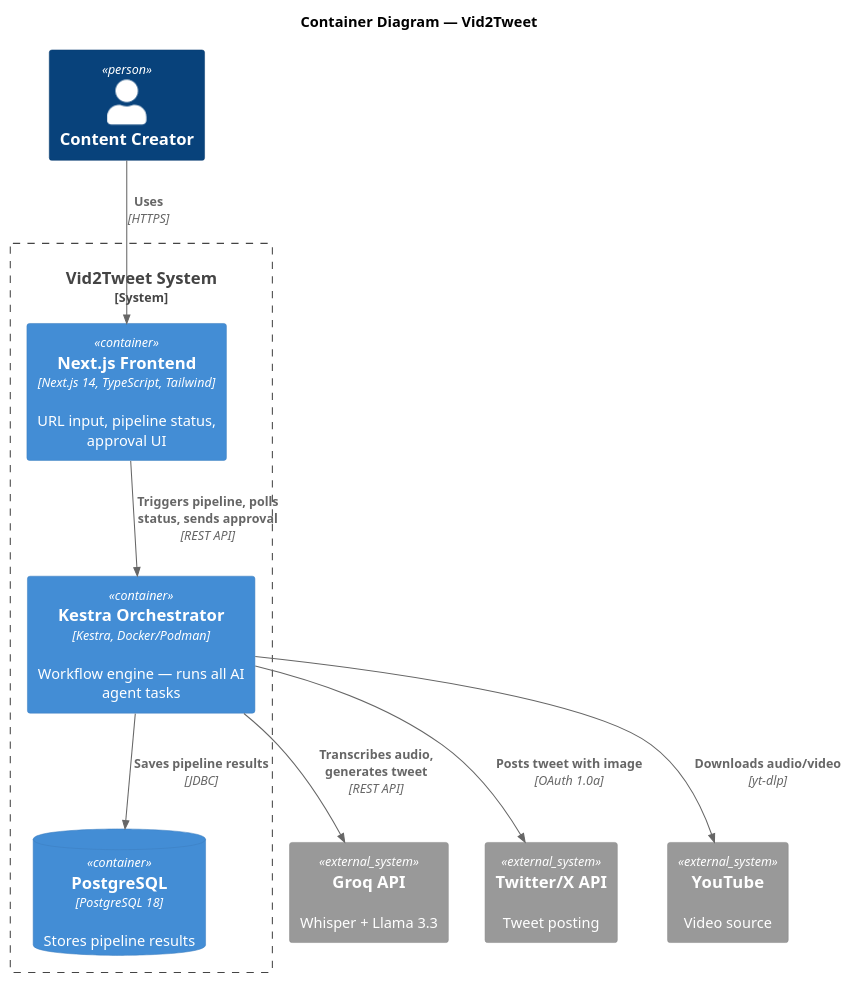
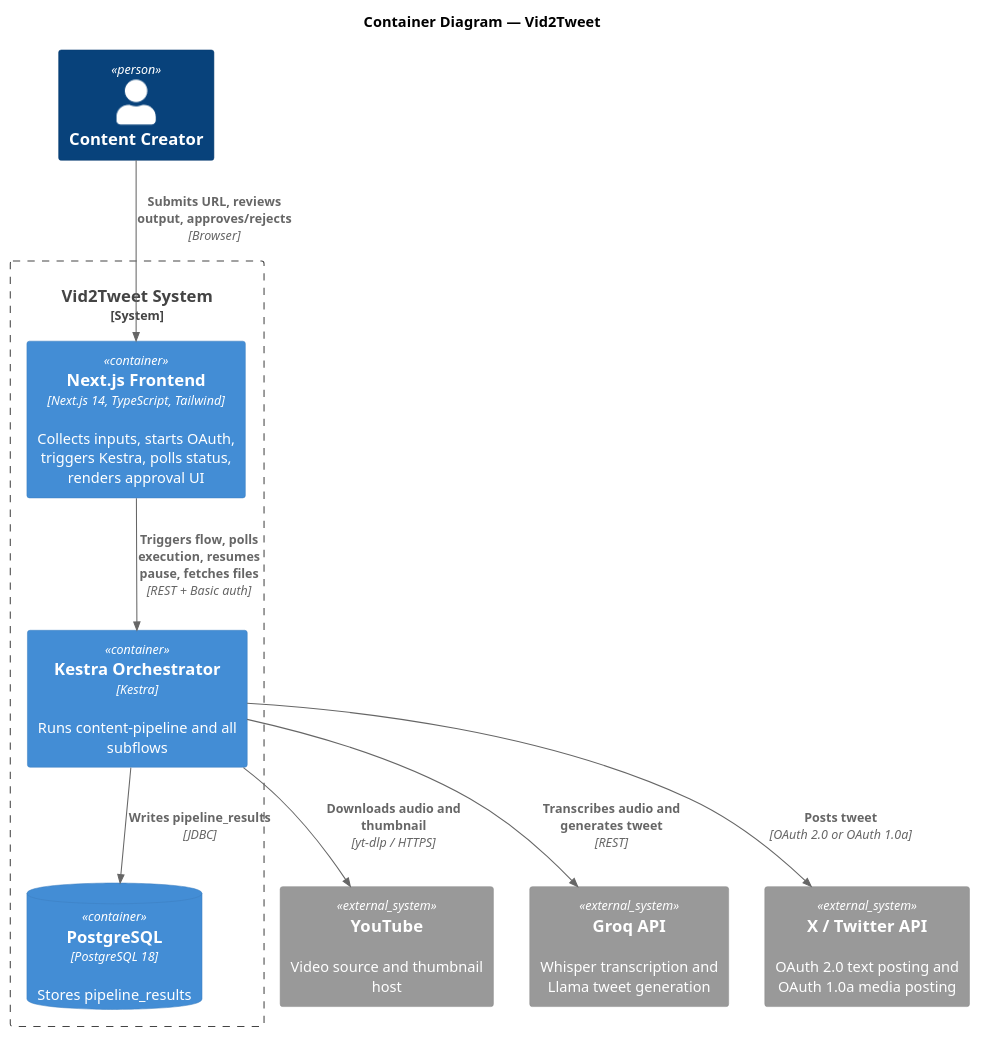
One commit to deepakkj/vid2tweet changed the diagram in docs/diagrams/architecture/container-diagram.puml. Above: the diagram before and after it, drawn with PlantUML. The commit also changed 3 other files, not shown here.

Commit message:
align architecture and flow diagrams with implementation

```diff
--- a/docs/diagrams/architecture/container-diagram.puml
+++ b/docs/diagrams/architecture/container-diagram.puml
@@ -1,25 +1,25 @@
 @startuml container-diagram
 !include https://raw.githubusercontent.com/plantuml-stdlib/C4-PlantUML/master/C4_Container.puml
 
 title Container Diagram — Vid2Tweet
 
 Person(user, "Content Creator")
 
 System_Boundary(vid2tweet, "Vid2Tweet System") {
-  Container(frontend, "Next.js Frontend", "Next.js 14, TypeScript, Tailwind", "URL input, pipeline status, approval UI")
-  Container(kestra, "Kestra Orchestrator", "Kestra, Docker/Podman", "Workflow engine — runs all AI agent tasks")
-  ContainerDb(postgres, "PostgreSQL", "PostgreSQL 18", "Stores pipeline results")
+  Container(frontend, "Next.js Frontend", "Next.js 14, TypeScript, Tailwind", "Collects inputs, starts OAuth, triggers Kestra, polls status, renders approval UI")
+  Container(kestra, "Kestra Orchestrator", "Kestra", "Runs content-pipeline and all subflows")
+  ContainerDb(postgres, "PostgreSQL", "PostgreSQL 18", "Stores pipeline_results")
 }
 
-System_Ext(groq, "Groq API", "Whisper + Llama 3.3")
-System_Ext(twitter, "Twitter/X API", "Tweet posting")
-System_Ext(youtube, "YouTube", "Video source")
+System_Ext(youtube, "YouTube", "Video source and thumbnail host")
+System_Ext(groq, "Groq API", "Whisper transcription and Llama tweet generation")
+System_Ext(twitter, "X / Twitter API", "OAuth 2.0 text posting and OAuth 1.0a media posting")
 
-Rel(user, frontend, "Uses", "HTTPS")
-Rel(frontend, kestra, "Triggers pipeline, polls status, sends approval", "REST API")
-Rel(kestra, postgres, "Saves pipeline results", "JDBC")
-Rel(kestra, groq, "Transcribes audio, generates tweet", "REST API")
-Rel(kestra, twitter, "Posts tweet with image", "OAuth 1.0a")
-Rel(kestra, youtube, "Downloads audio/video", "yt-dlp")
+Rel(user, frontend, "Submits URL, reviews output, approves/rejects", "Browser")
+Rel(frontend, kestra, "Triggers flow, polls execution, resumes pause, fetches files", "REST + Basic auth")
+Rel(kestra, postgres, "Writes pipeline_results", "JDBC")
+Rel(kestra, groq, "Transcribes audio and generates tweet", "REST")
+Rel(kestra, youtube, "Downloads audio and thumbnail", "yt-dlp / HTTPS")
+Rel(kestra, twitter, "Posts tweet", "OAuth 2.0 or OAuth 1.0a")
 
 @enduml
```
